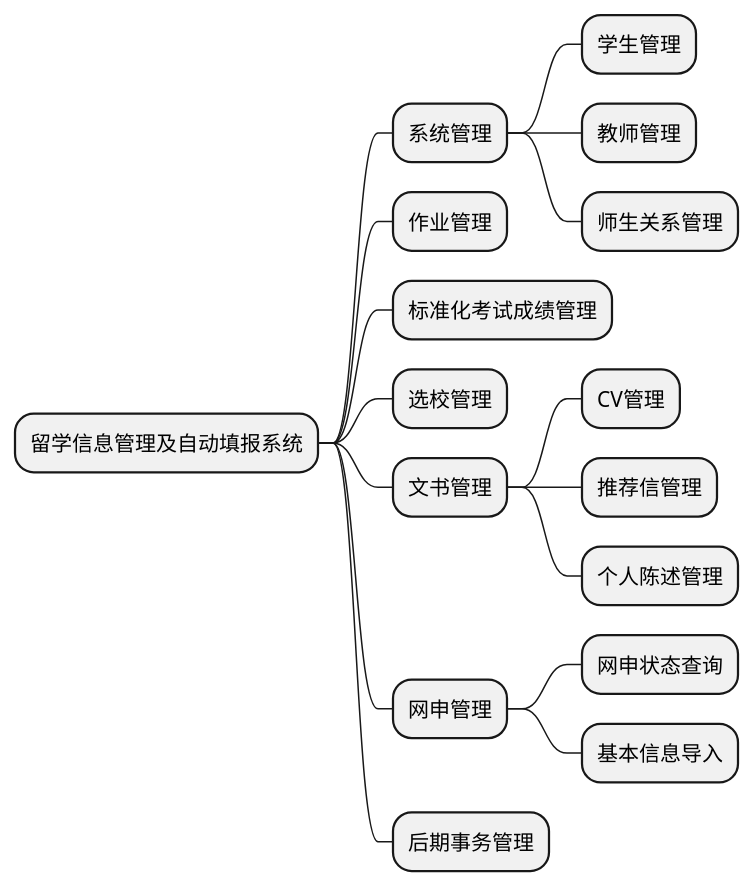
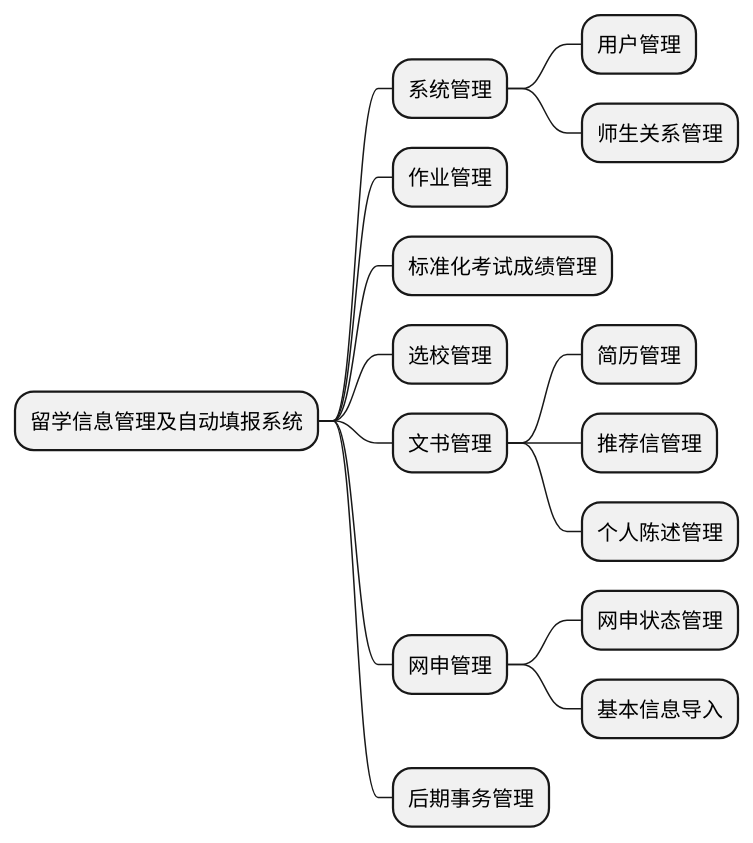
The diagram in modals.puml (Tuangtuang/BackEnd), drawn with PlantUML before and after one commit. The commit also changed 13 other files, not shown here.

```diff
--- a/modals.puml
+++ b/modals.puml
@@ -1,18 +1,17 @@
 @startmindmap
 * 留学信息管理及自动填报系统
 ** 系统管理
-*** 学生管理
-*** 教师管理
+*** 用户管理
 *** 师生关系管理
 ** 作业管理
 ** 标准化考试成绩管理
 ** 选校管理
 ** 文书管理
-*** CV管理
+*** 简历管理
 *** 推荐信管理
 *** 个人陈述管理
 ** 网申管理
-*** 网申状态查询
+*** 网申状态管理
 *** 基本信息导入
 ** 后期事务管理
 @endmindmap
```
